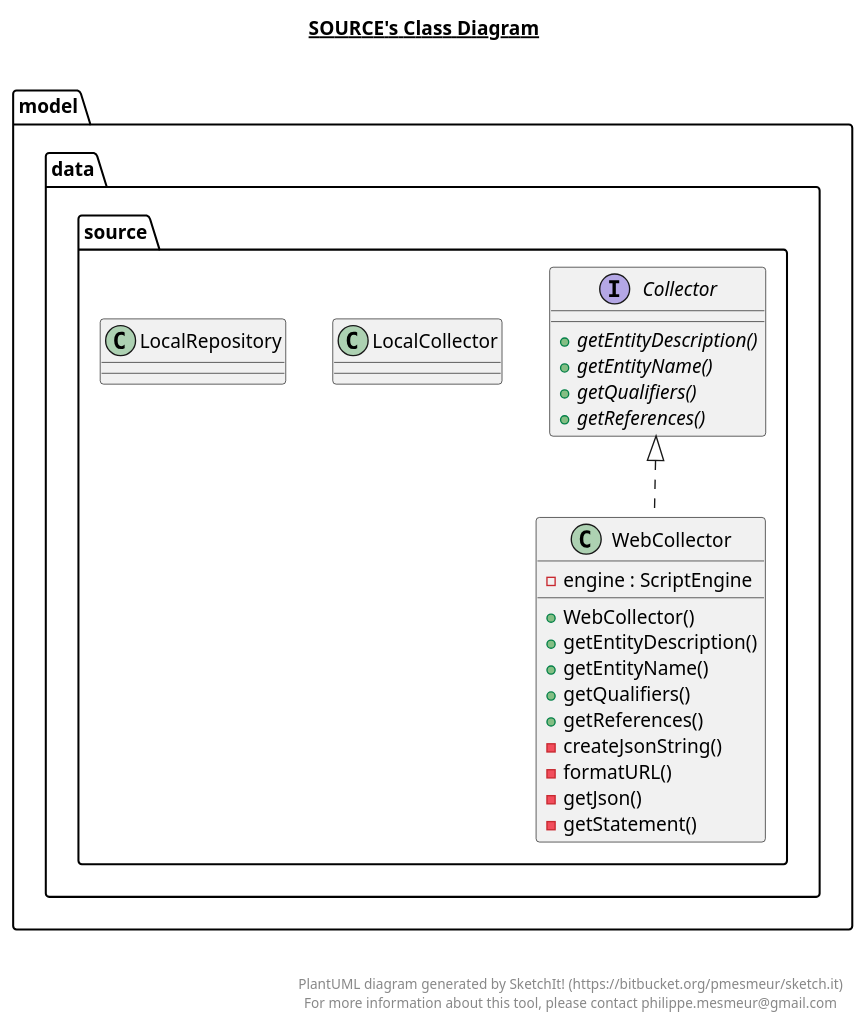
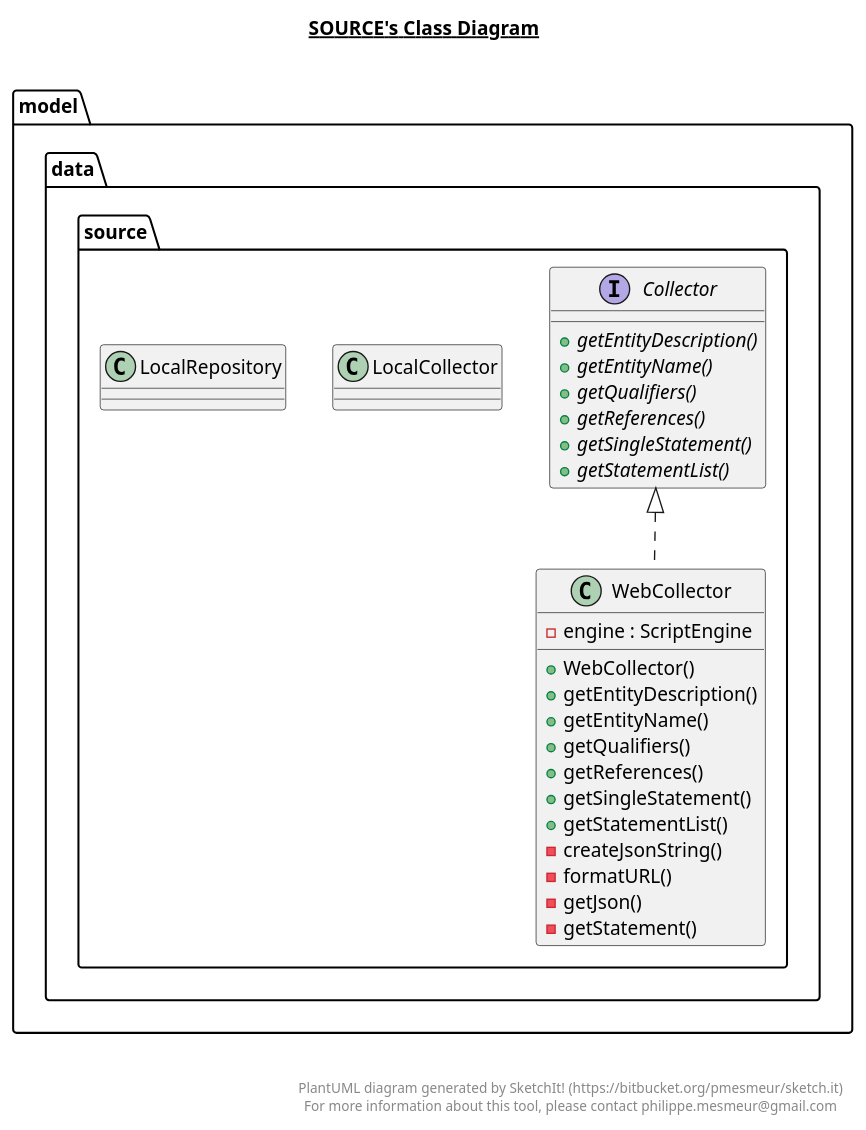
The diagram in src/main/model/data/source/source.plantuml (Bryce-MW/WikidataExplorer), drawn with PlantUML before and after one commit. The commit also changed 6 other files, not shown here.

Commit message:
Updated UML diagrams. There are a lot of circular dependencies!

```diff
--- a/src/main/model/data/source/source.plantuml
+++ b/src/main/model/data/source/source.plantuml
@@ -1,61 +1,65 @@
 @startuml
 
 title __SOURCE's Class Diagram__\n
 
   namespace model.data {
     namespace source {
       interface model.data.source.Collector {
           {abstract} + getEntityDescription()
           {abstract} + getEntityName()
           {abstract} + getQualifiers()
           {abstract} + getReferences()
+          {abstract} + getSingleStatement()
+          {abstract} + getStatementList()
       }
     }
   }
   
 
   namespace model.data {
     namespace source {
       class model.data.source.LocalCollector {
       }
     }
   }
   
 
   namespace model.data {
     namespace source {
       class model.data.source.LocalRepository {
       }
     }
   }
   
 
   namespace model.data {
     namespace source {
       class model.data.source.WebCollector {
           - engine : ScriptEngine
           + WebCollector()
           + getEntityDescription()
           + getEntityName()
           + getQualifiers()
           + getReferences()
+          + getSingleStatement()
+          + getStatementList()
           - createJsonString()
           - formatURL()
           - getJson()
           - getStatement()
       }
     }
   }
   
 
   model.data.source.WebCollector .up.|> model.data.source.Collector
 
 
 right footer
 
 
 PlantUML diagram generated by SketchIt! (https://bitbucket.org/pmesmeur/sketch.it)
 For more information about this tool, please contact philippe.mesmeur@gmail.com
 endfooter
 
 @enduml
```
